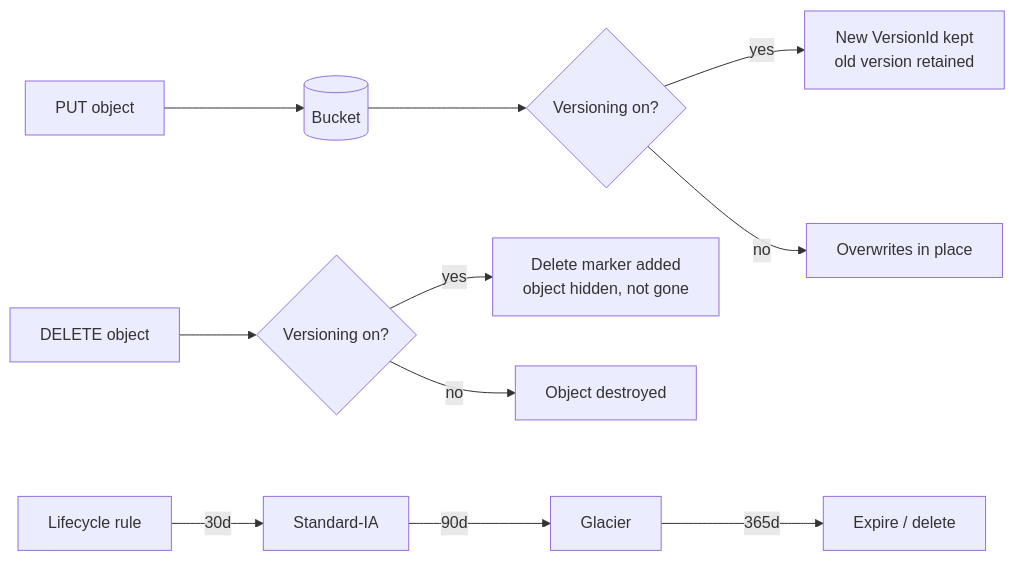
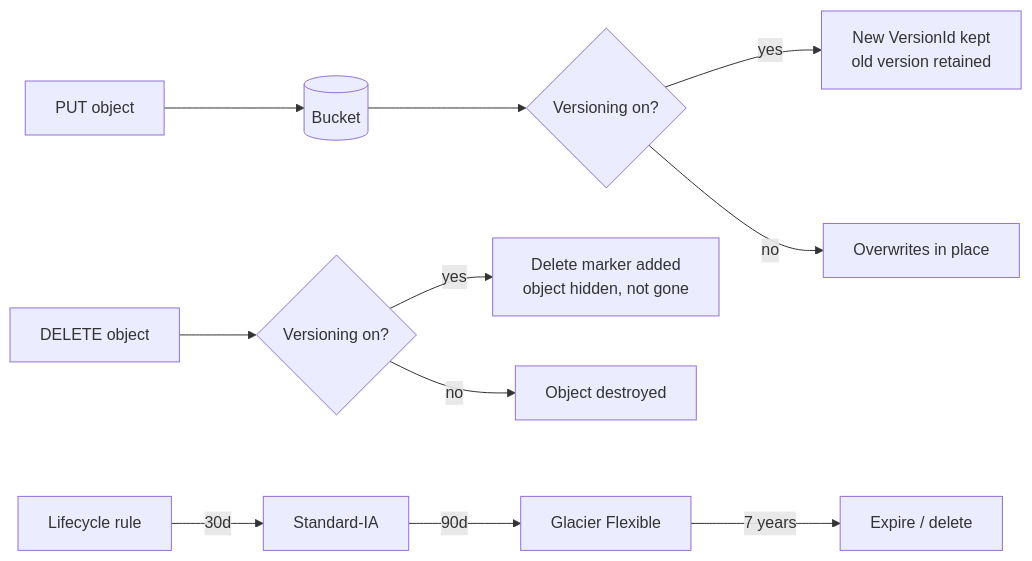
Before and after one commit to rahilbshah/aws-tf-lab: the diagram in aws-tf-lab/09-s3-intro.md, drawn with Mermaid. The commit also changed other lines of this file and 2 other files, not shown here.

````diff
--- a/aws-tf-lab/09-s3-intro.md
+++ b/aws-tf-lab/09-s3-intro.md
@@ -128,13 +144,13 @@
 ```mermaid
 flowchart LR
     UP[PUT object] --> B[(Bucket)]
     B --> V{Versioning on?}
     V -->|yes| NEW[New VersionId kept<br/>old version retained]
     V -->|no| OVER[Overwrites in place]
     DEL[DELETE object] --> V2{Versioning on?}
     V2 -->|yes| DM[Delete marker added<br/>object hidden, not gone]
     V2 -->|no| GONE[Object destroyed]
     LC[Lifecycle rule] -->|30d| IA[Standard-IA]
-    IA -->|90d| GL[Glacier]
-    GL -->|365d| EXP[Expire / delete]
+    IA -->|90d| GLF[Glacier Flexible]
+    GLF -->|7 years| EXP[Expire / delete]
 ```
````
